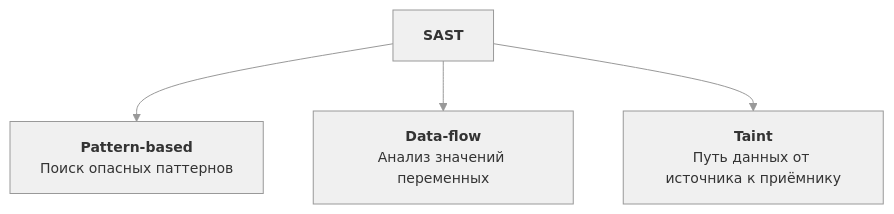
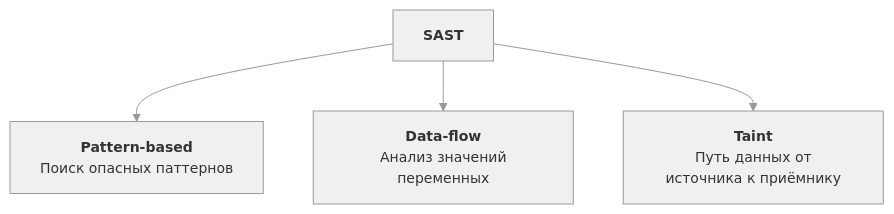
The diagram in docs/research/sast-basics.md (Otto-7/mcp), drawn with Mermaid before and after one commit.

````diff
--- a/docs/research/sast-basics.md
+++ b/docs/research/sast-basics.md
@@ -2,13 +2,13 @@
 ```mermaid
 %%{init: {'theme':'base', 'themeVariables': {
   'primaryColor': '#f0f0f0',
   'primaryTextColor': '#333333',
   'primaryBorderColor': '#999999',
   'lineColor': '#999999',
   'fontSize': '14px'
 }}}%%
 flowchart TD
-    SAST["<b>SAST</b>"] --> A["<b>Pattern-based</b><br/>Поиск опасных паттернов"]
-    SAST --> B["<b>Data-flow</b><br/>Анализ значений переменных"]
-    SAST --> C["<b>Taint</b><br/>Путь данных от источника к приёмнику"]
+    SAST["<b>SAST</b>"] --> A["<b>Pattern-based</b><br/> Поиск опасных паттернов"]
+    SAST --> B["<b>Data-flow</b><br/> Анализ значений переменных"]
+    SAST --> C["<b>Taint</b><br/> Путь данных от источника к приёмнику"]
 ```
````
